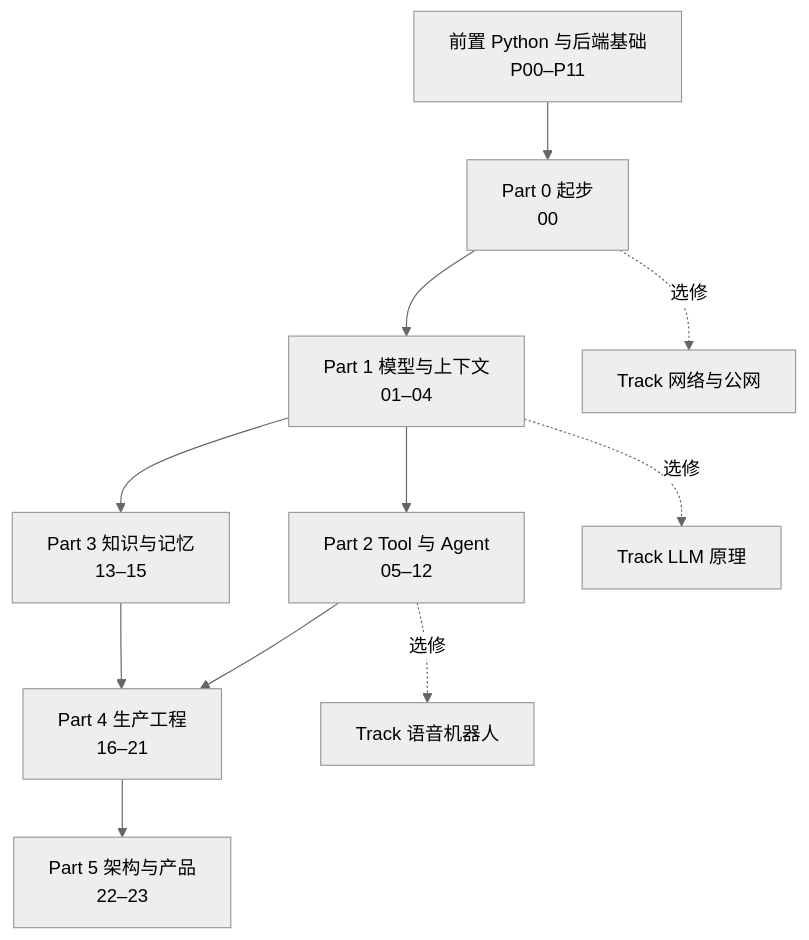
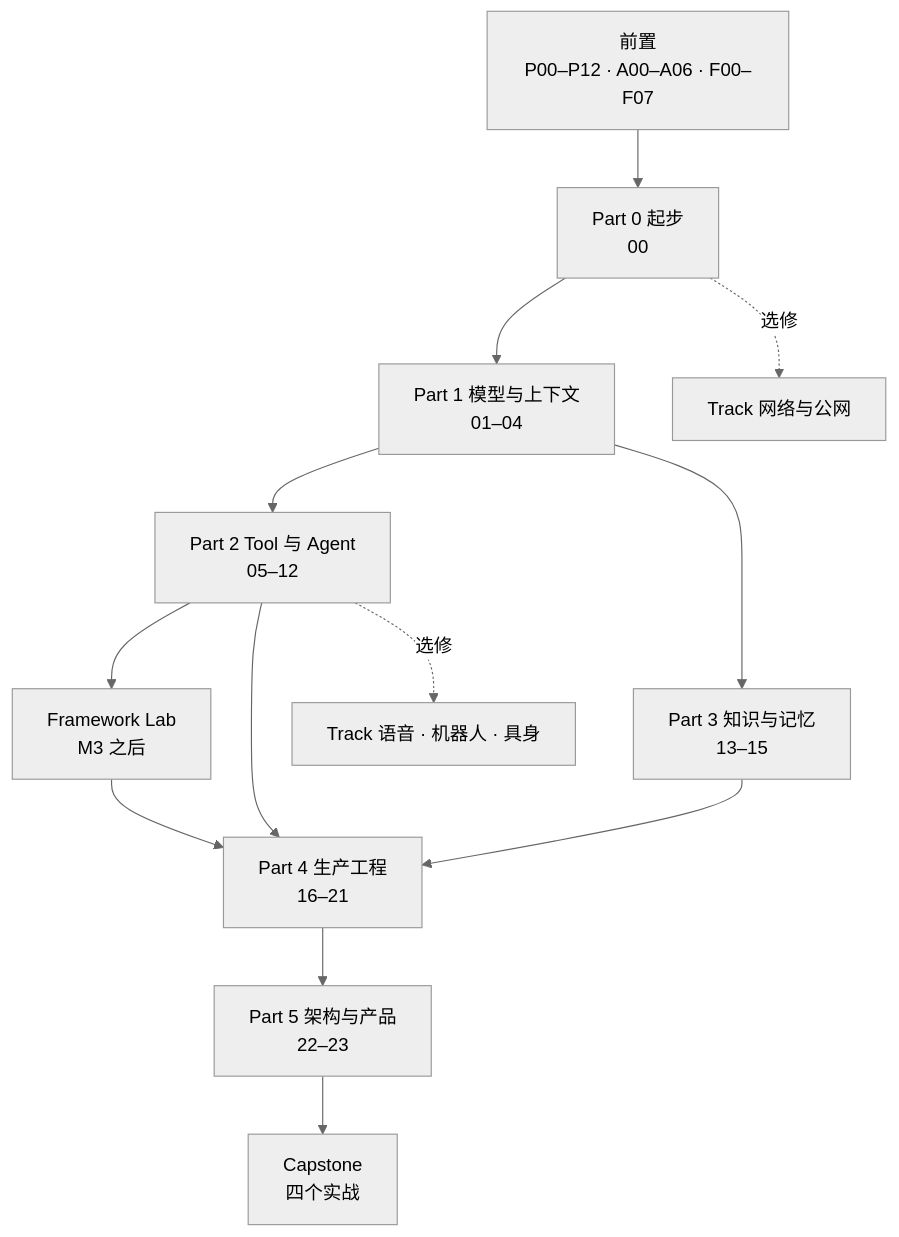
One commit to lance2016/ai-app-engineering changed the diagram in ROADMAP.md. Above: the diagram before and after it, drawn with Mermaid (neutral theme). The commit also changed other lines of this file and 64 other files, not shown here.

````diff
--- a/ROADMAP.md
+++ b/ROADMAP.md
@@ -5,13 +5,15 @@
 ```mermaid
 flowchart TD
-    PRE[前置 Python 与后端基础<br/>P00–P11] --> P0[Part 0 起步<br/>00]
+    PRE[前置<br/>P00–P12 · A00–A06 · F00–F07] --> P0[Part 0 起步<br/>00]
     P0 --> P1[Part 1 模型与上下文<br/>01–04]
     P1 --> P2[Part 2 Tool 与 Agent<br/>05–12]
     P1 --> P3[Part 3 知识与记忆<br/>13–15]
+    P2 --> LAB[Framework Lab<br/>M3 之后]
     P2 --> P4[Part 4 生产工程<br/>16–21]
     P3 --> P4
+    LAB --> P4
     P4 --> P5[Part 5 架构与产品<br/>22–23]
-    P2 -.选修.-> RV[Track 语音机器人]
-    P1 -.选修.-> LI[Track LLM 原理]
+    P5 --> CAP[Capstone<br/>四个实战]
+    P2 -.选修.-> RV[Track 语音 · 机器人 · 具身]
     P0 -.选修.-> NW[Track 网络与公网]
 ```
````
